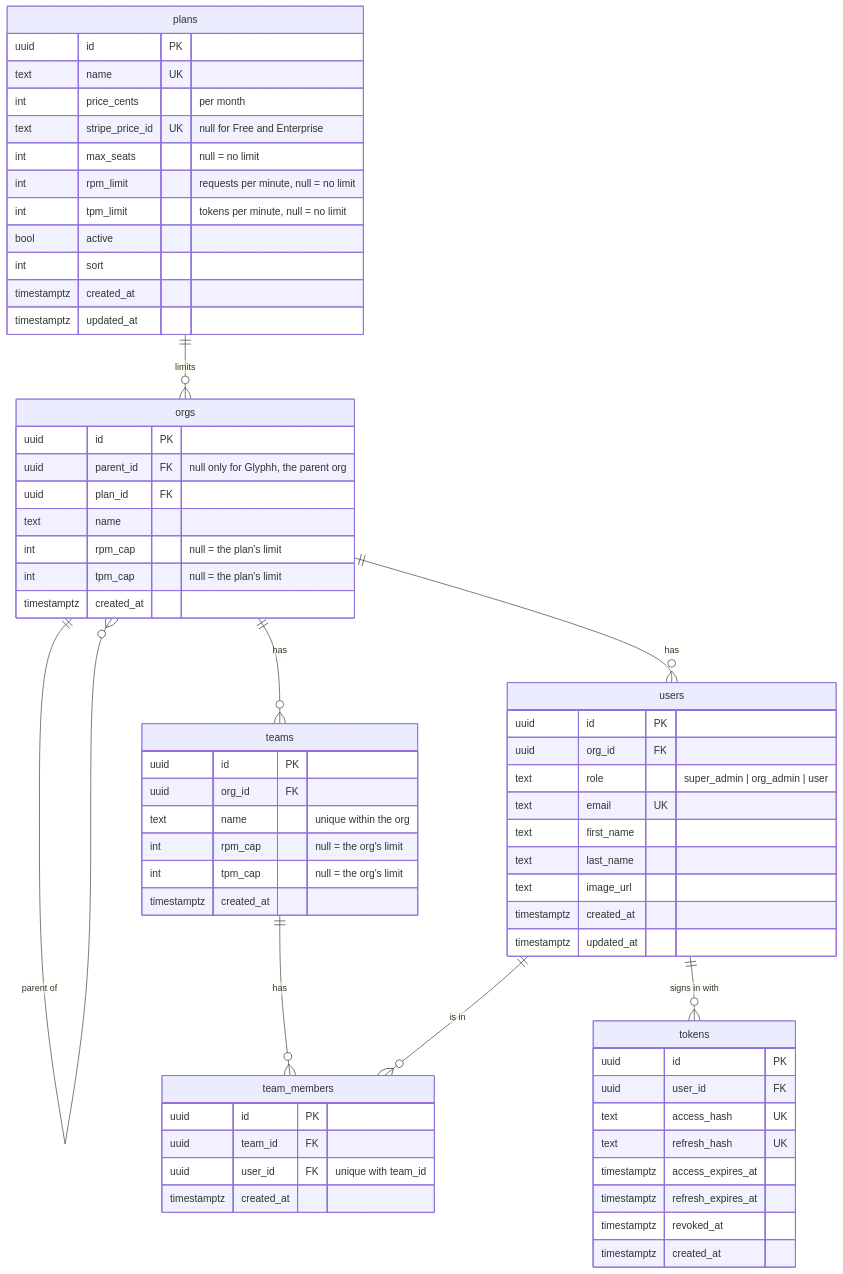
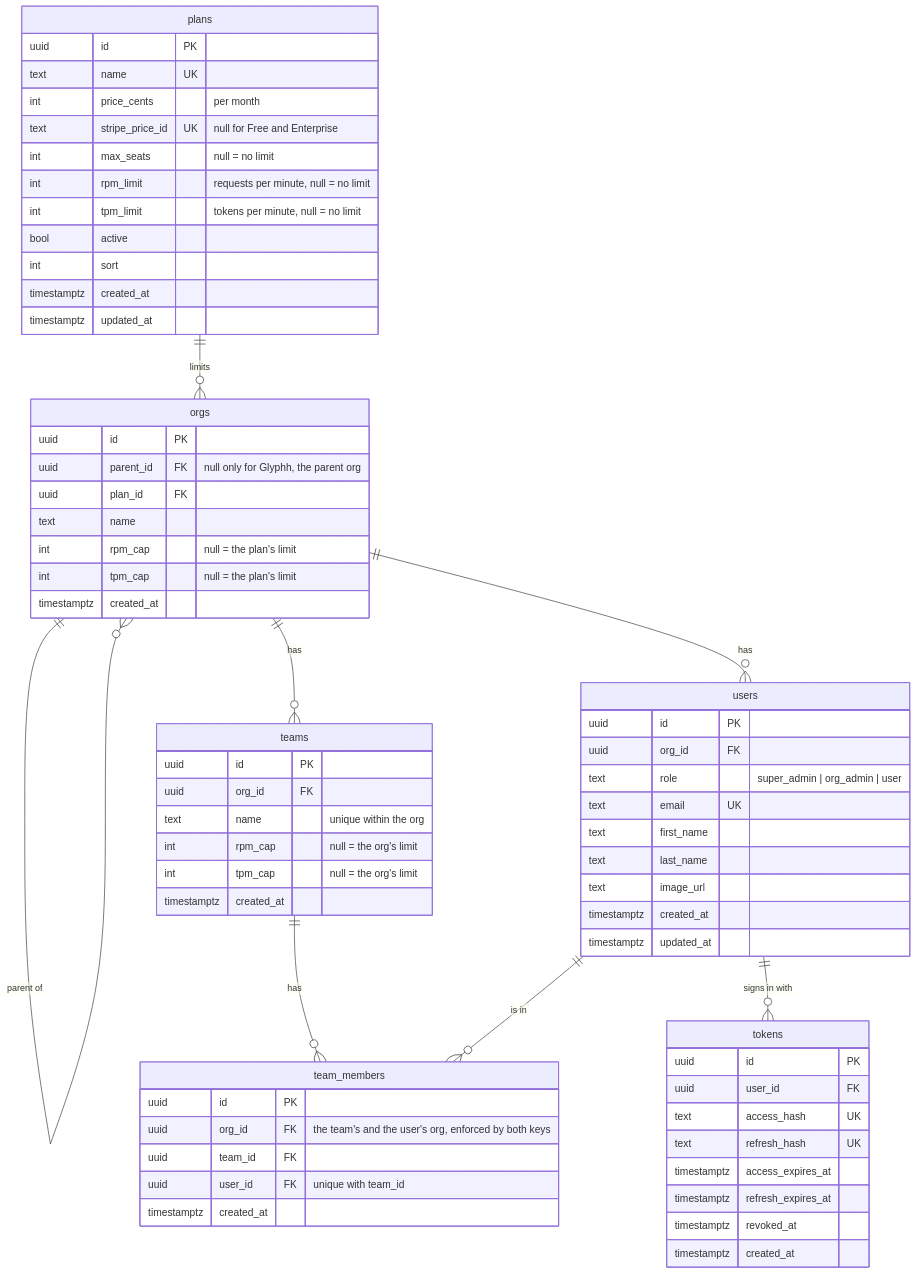
One commit to glyphh-ai/server changed the diagram in docs/data-model.md. Above: the diagram before and after it, drawn with Mermaid. The commit also changed 5 other files, not shown here.

First line of the commit message:
Teams and caps: optional teams, and org and team caps under the plan

````diff
--- a/docs/data-model.md
+++ b/docs/data-model.md
@@ -5,73 +5,74 @@
 ```mermaid
 erDiagram
     plans ||--o{ orgs : "limits"
     orgs ||--o{ orgs : "parent of"
     orgs ||--o{ users : "has"
     orgs ||--o{ teams : "has"
     teams ||--o{ team_members : "has"
     users ||--o{ team_members : "is in"
     users ||--o{ tokens : "signs in with"
 
     plans {
         uuid id PK
         text name UK
         int price_cents "per month"
         text stripe_price_id UK "null for Free and Enterprise"
         int max_seats "null = no limit"
         int rpm_limit "requests per minute, null = no limit"
         int tpm_limit "tokens per minute, null = no limit"
         bool active
         int sort
         timestamptz created_at
         timestamptz updated_at
     }
 
     orgs {
         uuid id PK
         uuid parent_id FK "null only for Glyphh, the parent org"
         uuid plan_id FK
         text name
         int rpm_cap "null = the plan's limit"
         int tpm_cap "null = the plan's limit"
         timestamptz created_at
     }
 
     users {
         uuid id PK
         uuid org_id FK
         text role "super_admin | org_admin | user"
         text email UK
         text first_name
         text last_name
         text image_url
         timestamptz created_at
         timestamptz updated_at
     }
 
     teams {
         uuid id PK
         uuid org_id FK
         text name "unique within the org"
         int rpm_cap "null = the org's limit"
         int tpm_cap "null = the org's limit"
         timestamptz created_at
     }
 
     team_members {
         uuid id PK
+        uuid org_id FK "the team's and the user's org, enforced by both keys"
         uuid team_id FK
         uuid user_id FK "unique with team_id"
         timestamptz created_at
     }
 
     tokens {
         uuid id PK
         uuid user_id FK
         text access_hash UK
         text refresh_hash UK
         timestamptz access_expires_at
         timestamptz refresh_expires_at
         timestamptz revoked_at
         timestamptz created_at
     }
 ```
````
